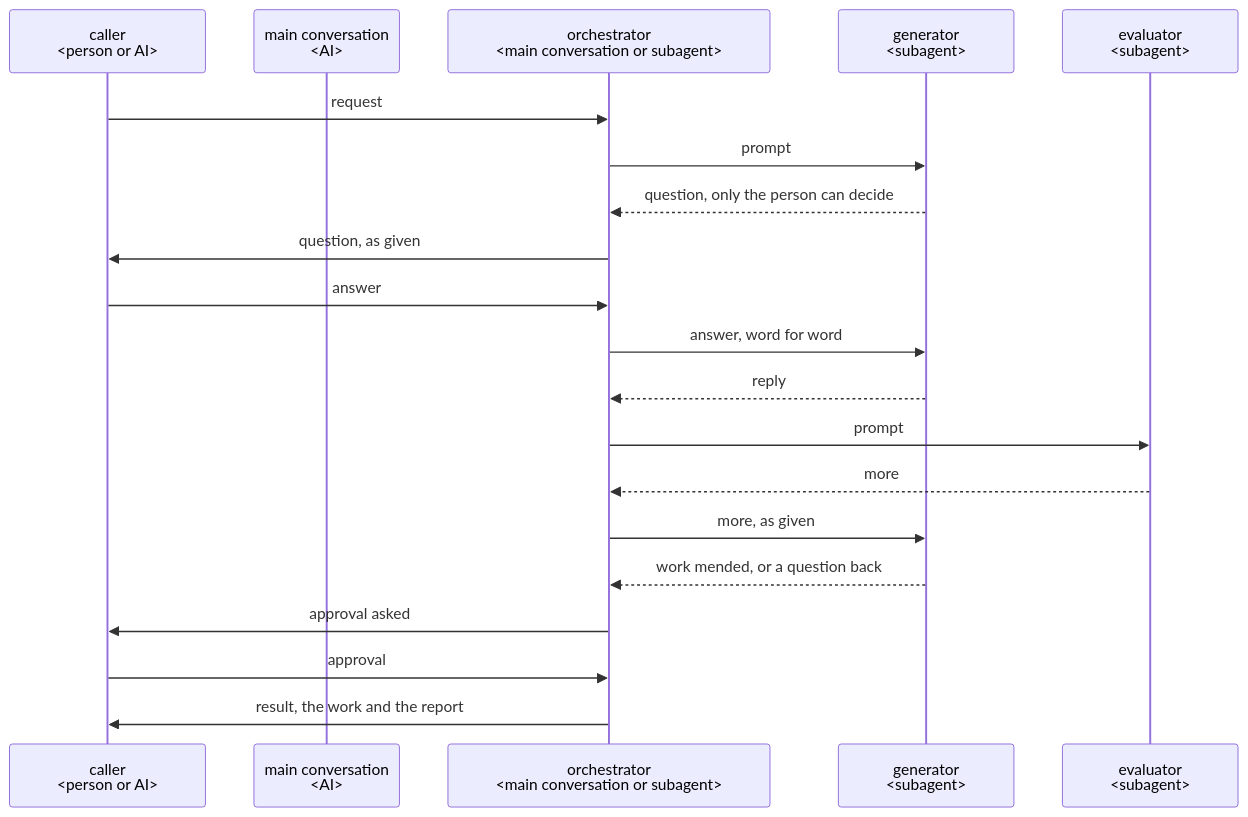
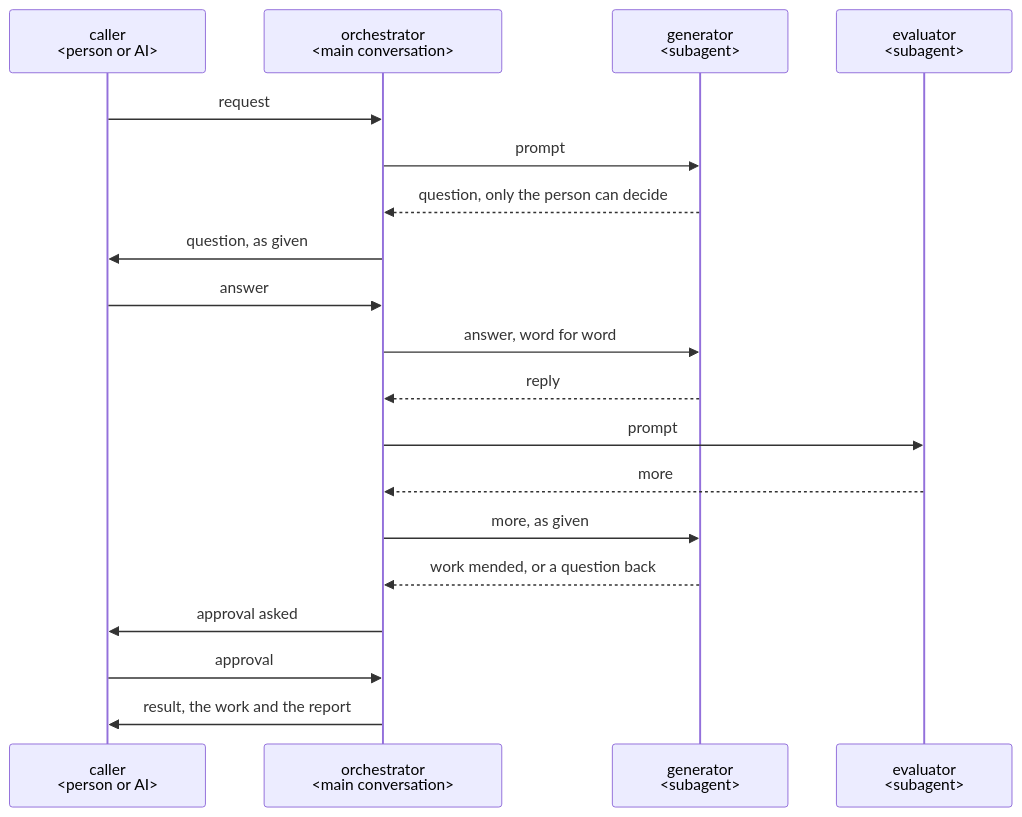
The diagram in dev/plugin-best-practice.md (lovaizu/ccpm), drawn with Mermaid before and after one commit. The commit also changed other lines of this file and 1 other file, not shown here.

````diff
--- a/dev/plugin-best-practice.md
+++ b/dev/plugin-best-practice.md
@@ -26,22 +27,21 @@
 ```mermaid
 sequenceDiagram
   participant C as caller<br/>#lt;person or AI#gt;
-  participant M as main conversation<br/>#lt;AI#gt;
-  participant O as orchestrator<br/>#lt;main conversation or subagent#gt;
+  participant O as orchestrator<br/>#lt;main conversation#gt;
   participant G as generator<br/>#lt;subagent#gt;
   participant R as evaluator<br/>#lt;subagent#gt;
   C->>O: request
   O->>G: prompt
   G-->>O: question, only the person can decide
   O->>C: question, as given
   C->>O: answer
   O->>G: answer, word for word
   G-->>O: reply
   O->>R: prompt
   R-->>O: more
   O->>G: more, as given
   G-->>O: work mended, or a question back
   O->>C: approval asked
   C->>O: approval
   O->>C: result, the work and the report
 ```
````
